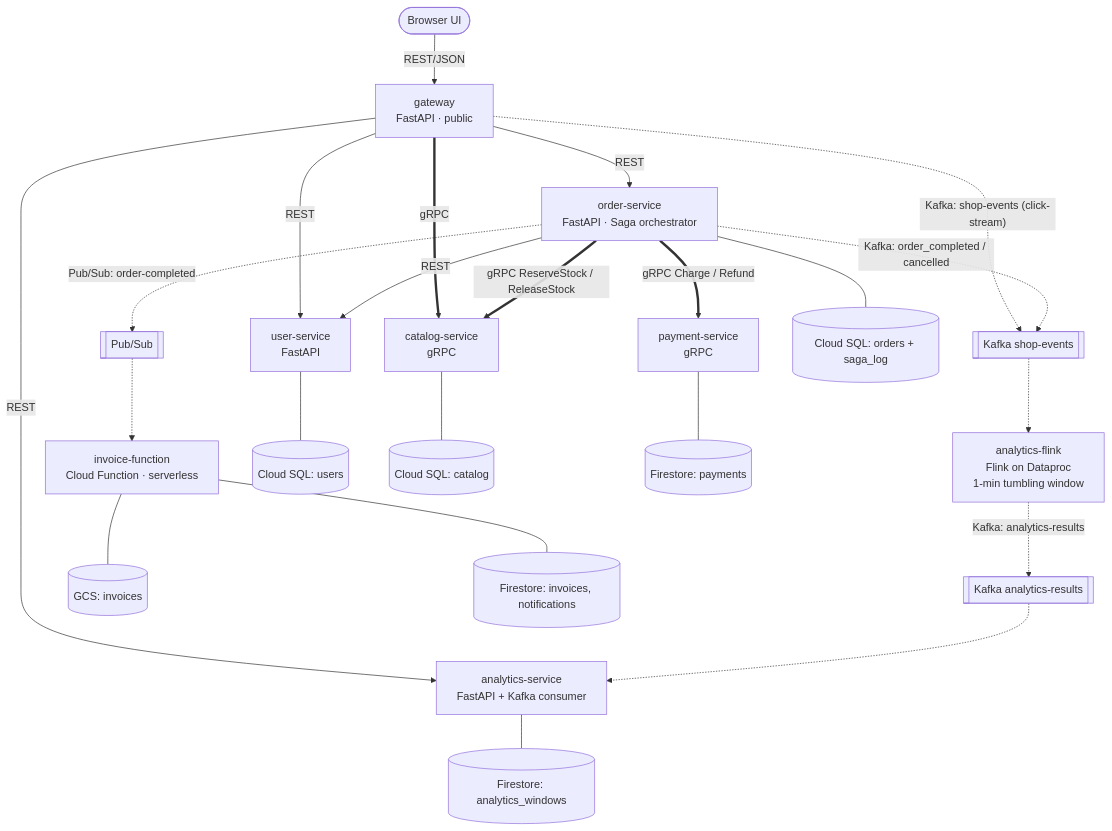
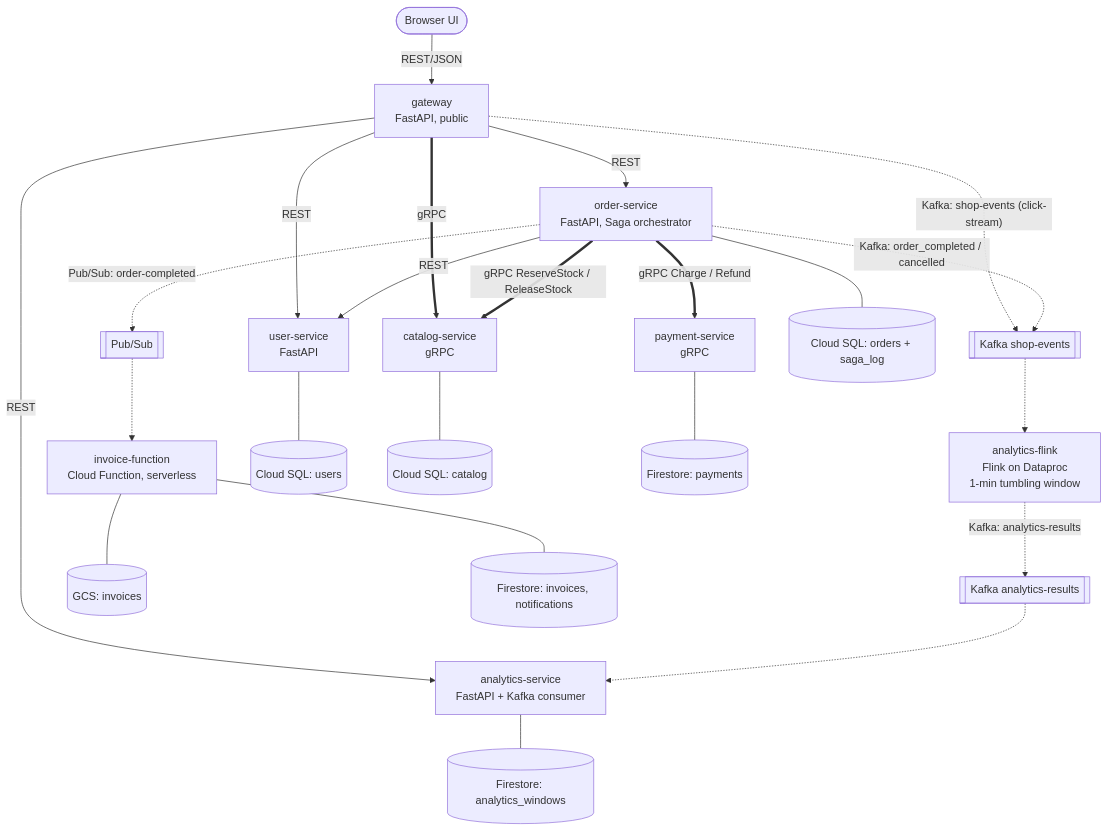
Before and after one commit to anshcode1911-cmd/shopsphere: the diagram in docs/diagrams/02-microservices.mmd, drawn with Mermaid. The commit also changed 11 other files, not shown here.

```diff
--- a/docs/diagrams/02-microservices.mmd
+++ b/docs/diagrams/02-microservices.mmd
@@ -1,24 +1,24 @@
 flowchart TB
-  browser([Browser UI]) -- REST/JSON --> gw[gateway<br/>FastAPI · public]
+  browser([Browser UI]) -- REST/JSON --> gw[gateway<br/>FastAPI, public]
   gw -- REST --> us[user-service<br/>FastAPI]
-  gw -- REST --> os[order-service<br/>FastAPI · Saga orchestrator]
+  gw -- REST --> os[order-service<br/>FastAPI, Saga orchestrator]
   gw -- REST --> as[analytics-service<br/>FastAPI + Kafka consumer]
   gw == gRPC ==> cs[catalog-service<br/>gRPC]
   os -- REST --> us
   os == "gRPC ReserveStock / ReleaseStock" ==> cs
   os == "gRPC Charge / Refund" ==> ps[payment-service<br/>gRPC]
   gw -. "Kafka: shop-events (click-stream)" .-> k1[[Kafka shop-events]]
   os -. "Kafka: order_completed / cancelled" .-> k1
   k1 -.-> fl[analytics-flink<br/>Flink on Dataproc<br/>1-min tumbling window]
   fl -. "Kafka: analytics-results" .-> k2[[Kafka analytics-results]]
   k2 -.-> as
   os -. "Pub/Sub: order-completed" .-> t[[Pub/Sub]]
-  t -.-> fn[invoice-function<br/>Cloud Function · serverless]
+  t -.-> fn[invoice-function<br/>Cloud Function, serverless]
 
   us --- db1[(Cloud SQL: users)]
   cs --- db2[(Cloud SQL: catalog)]
   os --- db3[(Cloud SQL: orders + saga_log)]
   ps --- f1[(Firestore: payments)]
   as --- f2[(Firestore: analytics_windows)]
   fn --- g1[(GCS: invoices)]
   fn --- f3[(Firestore: invoices, notifications)]
```
